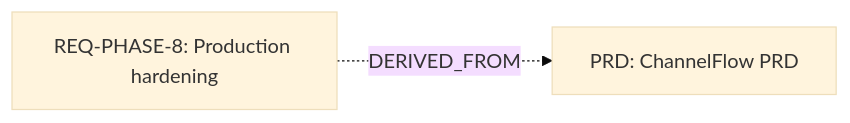
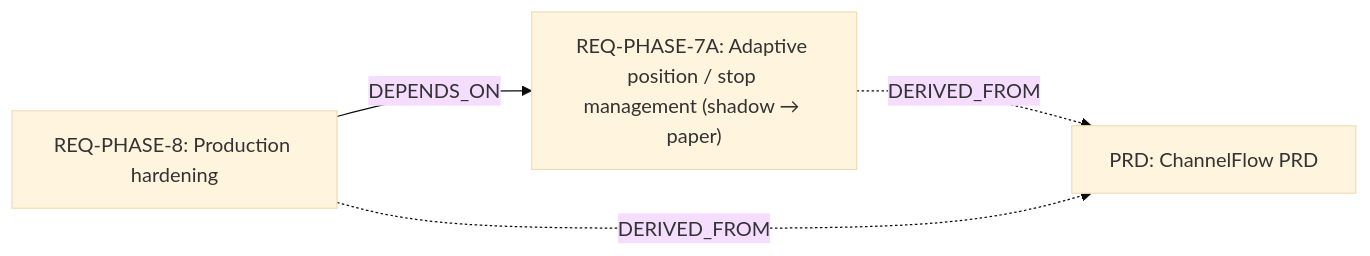
Before and after one commit to nikshev/market-forge: diagram 11 of 11 in vault/00-index/Traceability Dashboard.md, drawn with Mermaid (base theme). The commit also changed other lines of this file, not shown here.

````diff
--- a/vault/00-index/Traceability Dashboard.md
+++ b/vault/00-index/Traceability Dashboard.md
@@ -205,6 +262,9 @@
 ```mermaid
 graph LR
   PRD["PRD: ChannelFlow PRD"]
+  REQ_PHASE_7A["REQ-PHASE-7A: Adaptive position / stop management (shadow → paper)"]
   REQ_PHASE_8["REQ-PHASE-8: Production hardening"]
+  REQ_PHASE_8 -->|DEPENDS_ON| REQ_PHASE_7A
+  REQ_PHASE_7A -.->|DERIVED_FROM| PRD
   REQ_PHASE_8 -.->|DERIVED_FROM| PRD
 ```
````
